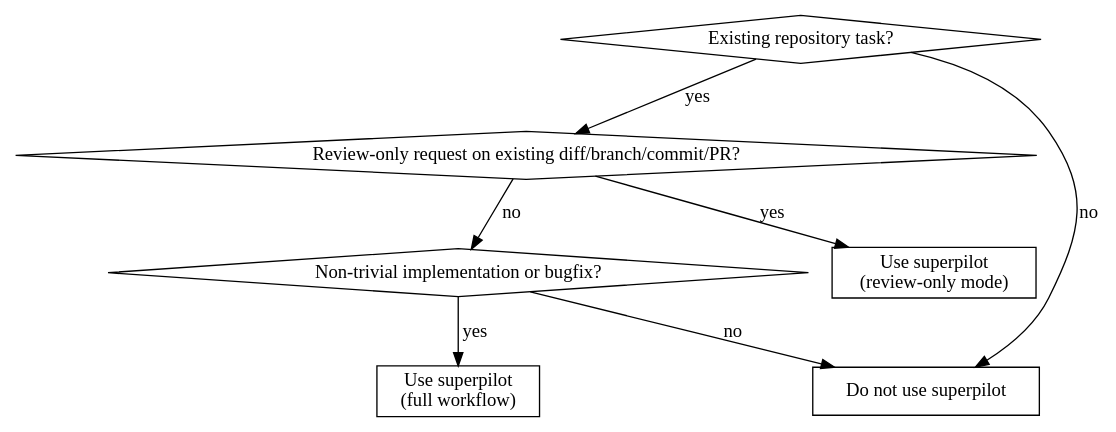
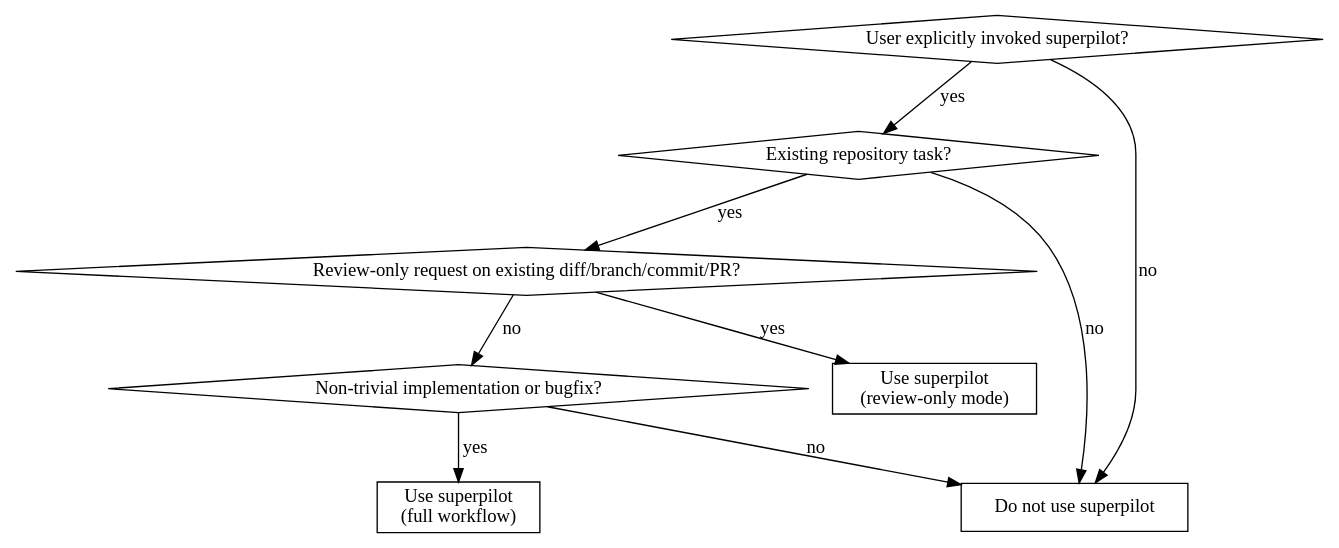
One commit to yoonpooh/superpilot changed the diagram in SKILL.md. Above: the diagram before and after it, drawn with Graphviz. The commit also changed other lines of this file, not shown here.

Commit message:
docs: require explicit superpilot invocation

````diff
--- a/SKILL.md
+++ b/SKILL.md
@@ -45,17 +45,20 @@
 ```dot
 digraph superpilot_when {
+    "User explicitly invoked superpilot?" [shape=diamond];
     "Existing repository task?" [shape=diamond];
     "Review-only request on existing diff/branch/commit/PR?" [shape=diamond];
     "Non-trivial implementation or bugfix?" [shape=diamond];
     "Use superpilot\n(review-only mode)" [shape=box];
     "Use superpilot\n(full workflow)" [shape=box];
     "Do not use superpilot" [shape=box];
 
+    "User explicitly invoked superpilot?" -> "Existing repository task?" [label="yes"];
+    "User explicitly invoked superpilot?" -> "Do not use superpilot" [label="no"];
     "Existing repository task?" -> "Review-only request on existing diff/branch/commit/PR?" [label="yes"];
     "Existing repository task?" -> "Do not use superpilot" [label="no"];
     "Review-only request on existing diff/branch/commit/PR?" -> "Use superpilot\n(review-only mode)" [label="yes"];
     "Review-only request on existing diff/branch/commit/PR?" -> "Non-trivial implementation or bugfix?" [label="no"];
     "Non-trivial implementation or bugfix?" -> "Use superpilot\n(full workflow)" [label="yes"];
     "Non-trivial implementation or bugfix?" -> "Do not use superpilot" [label="no"];
 }
 ```
````
